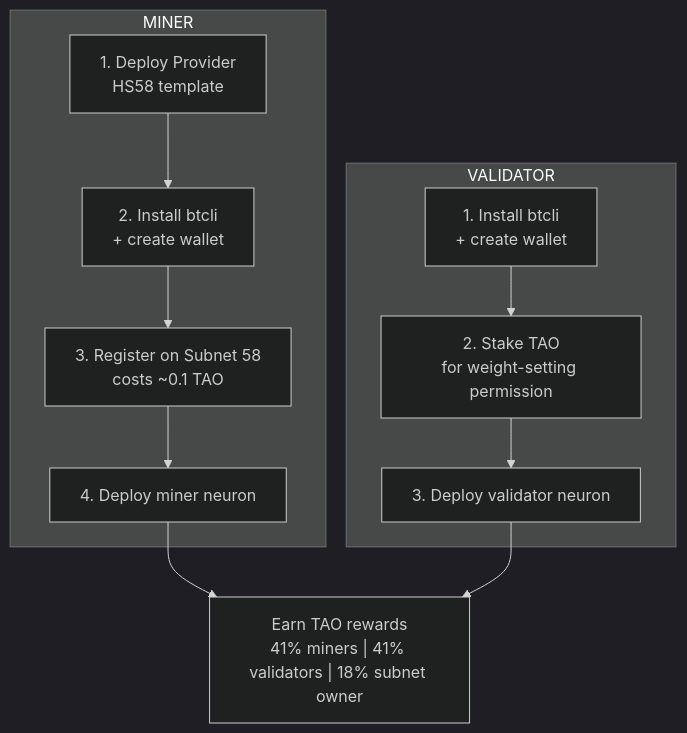
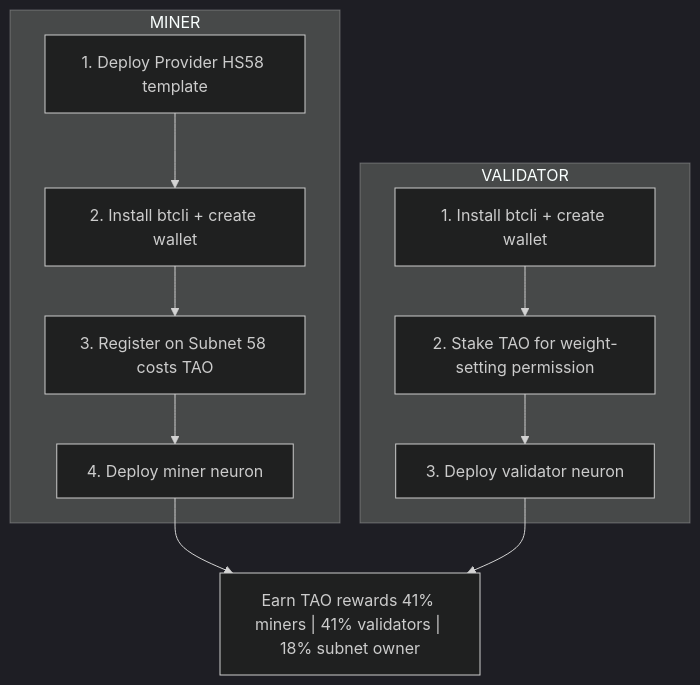
The diagram in README.md (Handshake58/HS58-subnet), drawn with Mermaid (dark theme) before and after one commit. The commit also changed other lines of this file and 2 other files, not shown here.

````diff
--- a/README.md
+++ b/README.md
@@ -11,20 +11,20 @@
 ```mermaid
 flowchart TB
     subgraph miner [MINER]
-        M1["1. Deploy Provider\nHS58 template"]
-        M2["2. Install btcli\n+ create wallet"]
-        M3["3. Register on Subnet 58\ncosts ~0.1 TAO"]
+        M1["1. Deploy Provider HS58 template"]
+        M2["2. Install btcli + create wallet"]
+        M3["3. Register on Subnet 58 costs TAO"]
         M4["4. Deploy miner neuron"]
         M1 --> M2 --> M3 --> M4
     end
 
     subgraph validator [VALIDATOR]
-        V1["1. Install btcli\n+ create wallet"]
-        V2["2. Stake TAO\nfor weight-setting permission"]
+        V1["1. Install btcli + create wallet"]
+        V2["2. Stake TAO for weight-setting permission"]
         V3["3. Deploy validator neuron"]
         V1 --> V2 --> V3
     end
 
-    M4 --> Earn["Earn TAO rewards\n41% miners | 41% validators | 18% subnet owner"]
+    M4 --> Earn["Earn TAO rewards 41% miners | 41% validators | 18% subnet owner"]
     V3 --> Earn
 ```
````
